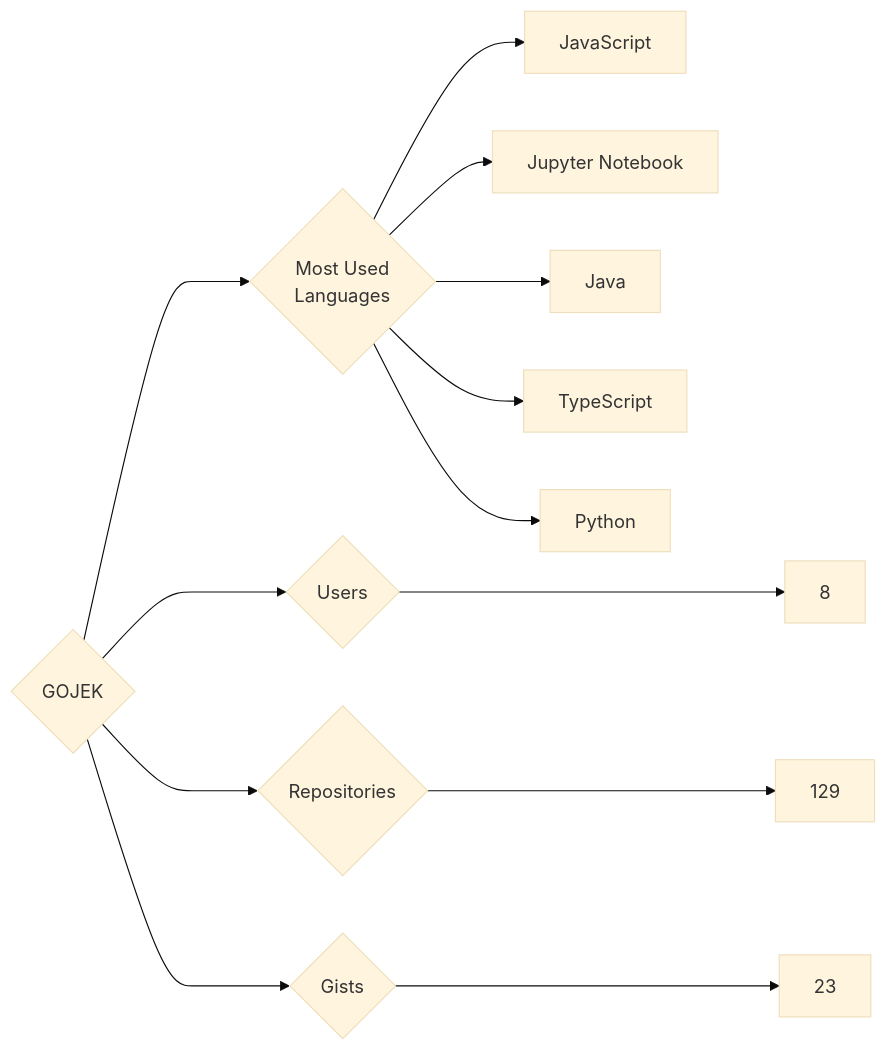
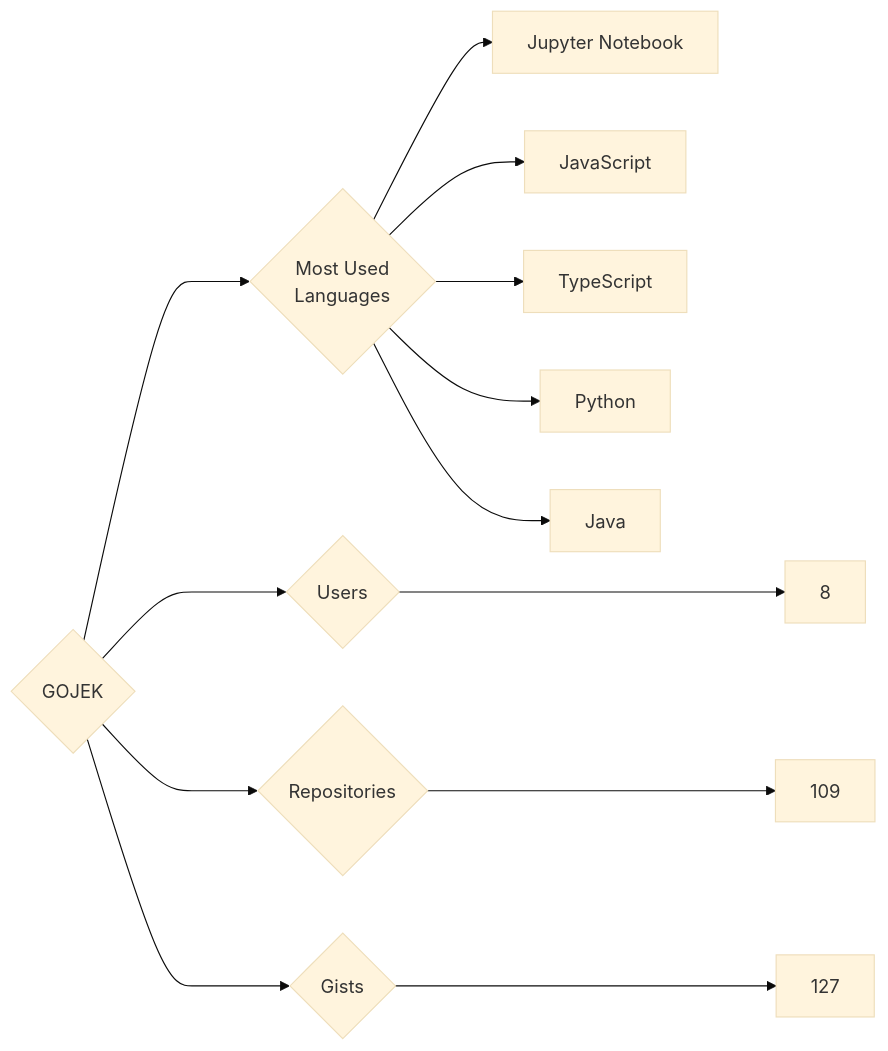
Before and after one commit to trickest/insiders: the diagram in targets/GOJEK/README.md, drawn with Mermaid (base theme). The commit also changed 880 other files, not shown here.

````diff
--- a/targets/GOJEK/README.md
+++ b/targets/GOJEK/README.md
@@ -3,13 +3,13 @@
 ```mermaid
 graph LR
 COMPANY_NAME{GOJEK}
 COMPANY_NAME ---> U{Users} ---> UN[8]
-COMPANY_NAME ---> R{Repositories} ---> RN[129]
-COMPANY_NAME ---> G{Gists} ---> GN[23]
+COMPANY_NAME ---> R{Repositories} ---> RN[109]
+COMPANY_NAME ---> G{Gists} ---> GN[127]
 COMPANY_NAME ---> ML{Most Used<br>Languages}
+ML --> Jupyter_Notebook[Jupyter Notebook]
 ML --> JavaScript[JavaScript]
-ML --> Jupyter_Notebook[Jupyter Notebook]
-ML --> Java[Java]
 ML --> TypeScript[TypeScript]
 ML --> Python[Python]
+ML --> Java[Java]
 ```
````
